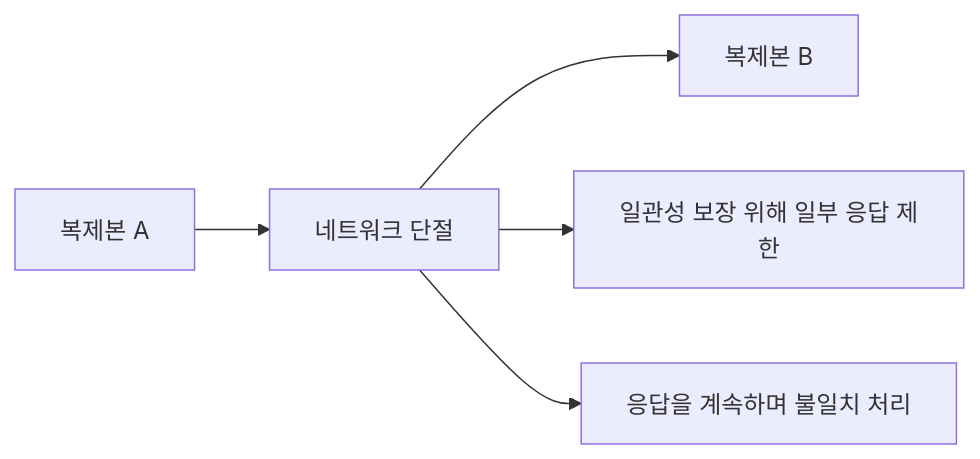
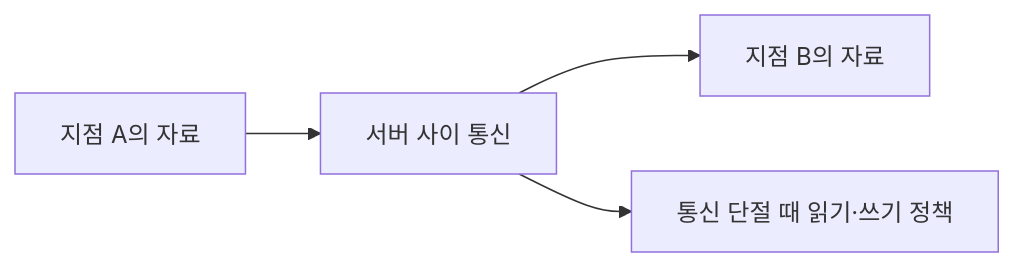
One commit to moocongpapa/it-study changed the diagram in content/topics/nosql-cap.md. Above: the diagram before and after it, drawn with Mermaid. The commit also changed other lines of this file and 71 other files, not shown here.

````diff
--- a/content/topics/nosql-cap.md
+++ b/content/topics/nosql-cap.md
@@ -6,7 +20,5 @@
 ```mermaid
 flowchart LR
-  A["복제본 A"] --> P["네트워크 단절"]
-  P --> B["복제본 B"]
-  P --> C["일관성 보장 위해 일부 응답 제한"]
-  P --> D["응답을 계속하며 불일치 처리"]
+ A["지점 A의 자료"] --> B["서버 사이 통신"] --> C["지점 B의 자료"]
+ B --> D["통신 단절 때 읽기·쓰기 정책"]
 ```
````
